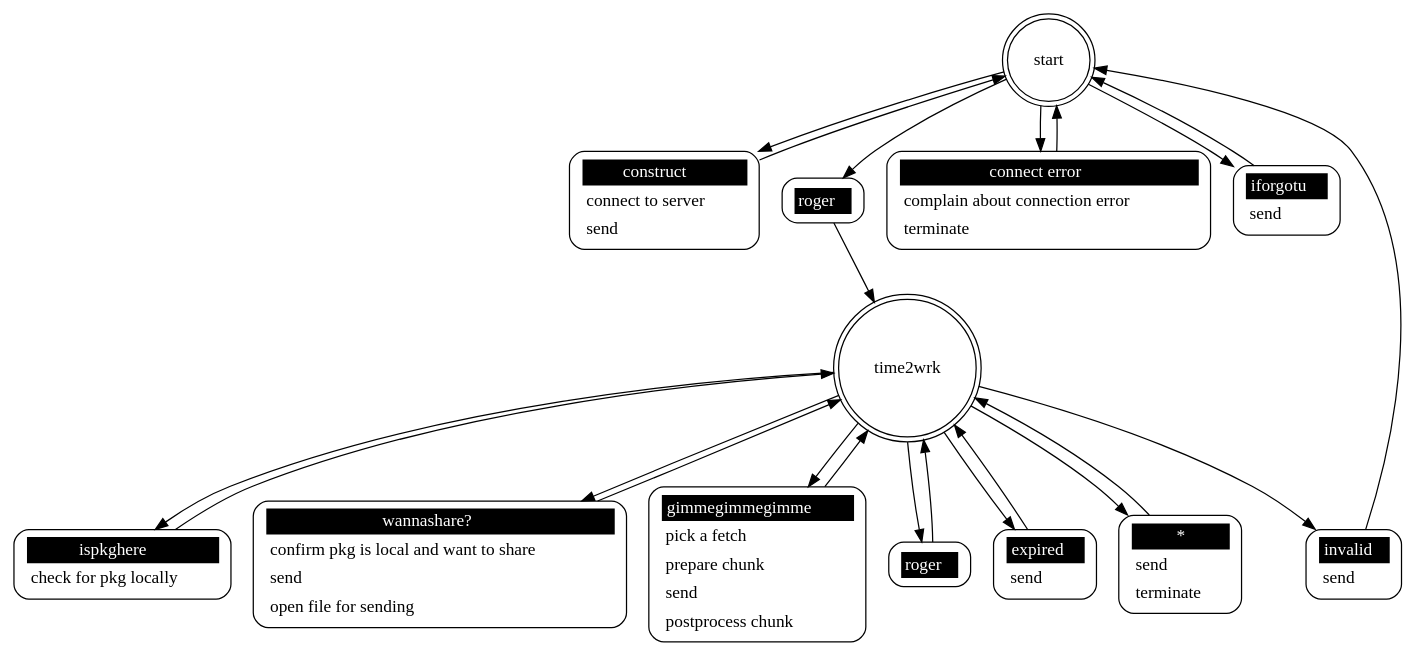
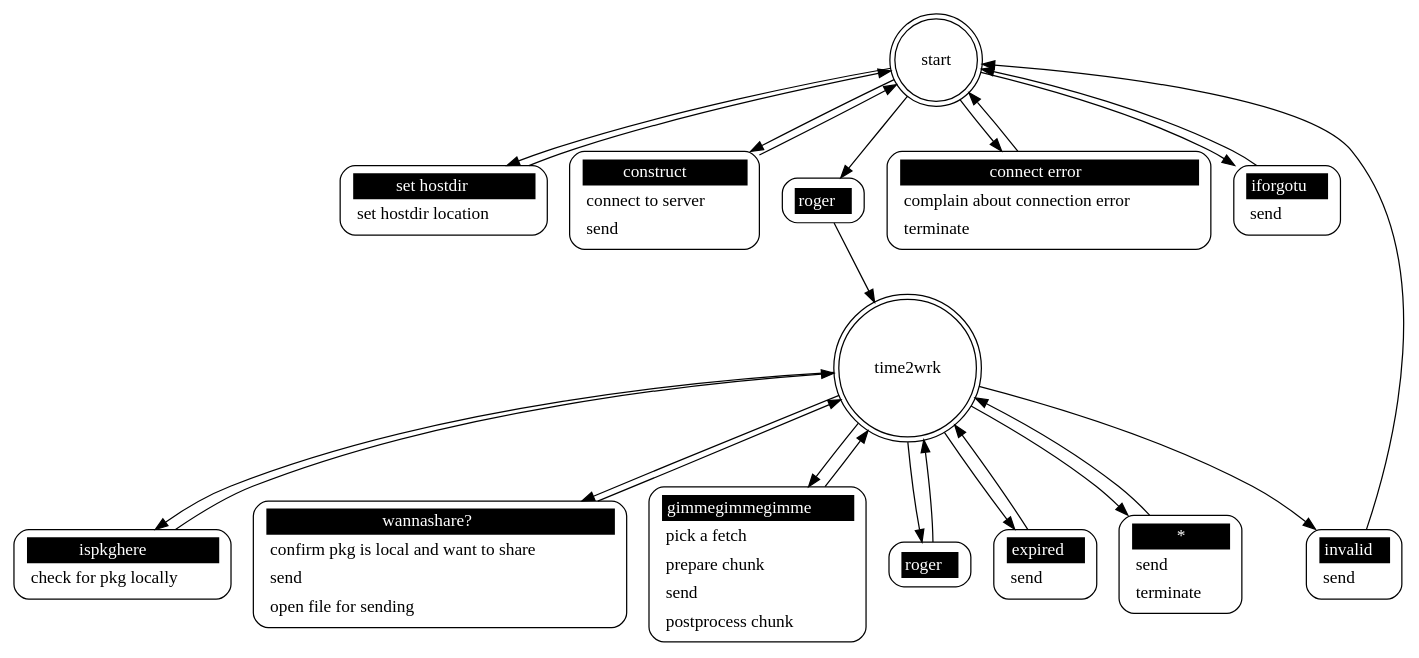
The diagram in src/pkgfiler_remote.dot (Vaelatern/dxpb), drawn with Graphviz before and after one commit. The commit also changed 5 other files, not shown here.

Commit message:
Allow the remote hostdir to set a custom hostdir

```diff
--- a/src/pkgfiler_remote.dot
+++ b/src/pkgfiler_remote.dot
@@ -1,40 +1,43 @@
 ## Automatically generated from pkgfiler_remote.xml by gsl
 digraph "pkgfiler_remote" {
 
  "start" [shape = "doublecircle"];
+ "start set hostdir" [shape = "Mrecord" style = solid label = <<table border="0" cellborder="0" cellpadding="3" bgcolor="white"><tr><td bgcolor="black" align="center" colspan="2"><font color="white">set hostdir</font></td></tr><tr><td align="left" port="r3">set hostdir location</td></tr></table>>];
+ "start" -> "start set hostdir";
+ "start set hostdir" -> "start";
  "start construct" [shape = "Mrecord" style = solid label = <<table border="0" cellborder="0" cellpadding="3" bgcolor="white"><tr><td bgcolor="black" align="center" colspan="2"><font color="white">construct</font></td></tr><tr><td align="left" port="r3">connect to server</td></tr><tr><td align="left" port="r3">send</td></tr></table>>];
  "start" -> "start construct";
  "start construct" -> "start";
  "start roger" [shape = "Mrecord" style = solid label = <<table border="0" cellborder="0" cellpadding="3" bgcolor="white"><tr><td bgcolor="black" align="center" colspan="2"><font color="white">roger</font></td></tr></table>>];
  "start" -> "start roger";
  "start roger" -> "time2wrk";
  "start connect error" [shape = "Mrecord" style = solid label = <<table border="0" cellborder="0" cellpadding="3" bgcolor="white"><tr><td bgcolor="black" align="center" colspan="2"><font color="white">connect error</font></td></tr><tr><td align="left" port="r3">complain about connection error</td></tr><tr><td align="left" port="r3">terminate</td></tr></table>>];
  "start" -> "start connect error";
  "start connect error" -> "start";
  "start iforgotu" [shape = "Mrecord" style = solid label = <<table border="0" cellborder="0" cellpadding="3" bgcolor="white"><tr><td bgcolor="black" align="center" colspan="2"><font color="white">iforgotu</font></td></tr><tr><td align="left" port="r3">send</td></tr></table>>];
  "start" -> "start iforgotu";
  "start iforgotu" -> "start";
 
  "time2wrk" [shape = "doublecircle"];
  "time2wrk ispkghere" [shape = "Mrecord" style = solid label = <<table border="0" cellborder="0" cellpadding="3" bgcolor="white"><tr><td bgcolor="black" align="center" colspan="2"><font color="white">ispkghere</font></td></tr><tr><td align="left" port="r3">check for pkg locally</td></tr></table>>];
  "time2wrk" -> "time2wrk ispkghere";
  "time2wrk ispkghere" -> "time2wrk";
  "time2wrk wannashare?" [shape = "Mrecord" style = solid label = <<table border="0" cellborder="0" cellpadding="3" bgcolor="white"><tr><td bgcolor="black" align="center" colspan="2"><font color="white">wannashare?</font></td></tr><tr><td align="left" port="r3">confirm pkg is local and want to share</td></tr><tr><td align="left" port="r3">send</td></tr><tr><td align="left" port="r3">open file for sending</td></tr></table>>];
  "time2wrk" -> "time2wrk wannashare?";
  "time2wrk wannashare?" -> "time2wrk";
  "time2wrk gimmegimmegimme" [shape = "Mrecord" style = solid label = <<table border="0" cellborder="0" cellpadding="3" bgcolor="white"><tr><td bgcolor="black" align="center" colspan="2"><font color="white">gimmegimmegimme</font></td></tr><tr><td align="left" port="r3">pick a fetch</td></tr><tr><td align="left" port="r3">prepare chunk</td></tr><tr><td align="left" port="r3">send</td></tr><tr><td align="left" port="r3">postprocess chunk</td></tr></table>>];
  "time2wrk" -> "time2wrk gimmegimmegimme";
  "time2wrk gimmegimmegimme" -> "time2wrk";
  "time2wrk roger" [shape = "Mrecord" style = solid label = <<table border="0" cellborder="0" cellpadding="3" bgcolor="white"><tr><td bgcolor="black" align="center" colspan="2"><font color="white">roger</font></td></tr></table>>];
  "time2wrk" -> "time2wrk roger";
  "time2wrk roger" -> "time2wrk";
  "time2wrk expired" [shape = "Mrecord" style = solid label = <<table border="0" cellborder="0" cellpadding="3" bgcolor="white"><tr><td bgcolor="black" align="center" colspan="2"><font color="white">expired</font></td></tr><tr><td align="left" port="r3">send</td></tr></table>>];
  "time2wrk" -> "time2wrk expired";
  "time2wrk expired" -> "time2wrk";
  "time2wrk invalid" [shape = "Mrecord" style = solid label = <<table border="0" cellborder="0" cellpadding="3" bgcolor="white"><tr><td bgcolor="black" align="center" colspan="2"><font color="white">invalid</font></td></tr><tr><td align="left" port="r3">send</td></tr></table>>];
  "time2wrk" -> "time2wrk invalid";
  "time2wrk invalid" -> "start";
  "time2wrk *" [shape = "Mrecord" style = solid label = <<table border="0" cellborder="0" cellpadding="3" bgcolor="white"><tr><td bgcolor="black" align="center" colspan="2"><font color="white">*</font></td></tr><tr><td align="left" port="r3">send</td></tr><tr><td align="left" port="r3">terminate</td></tr></table>>];
  "time2wrk" -> "time2wrk *";
  "time2wrk *" -> "time2wrk";
 }
```
